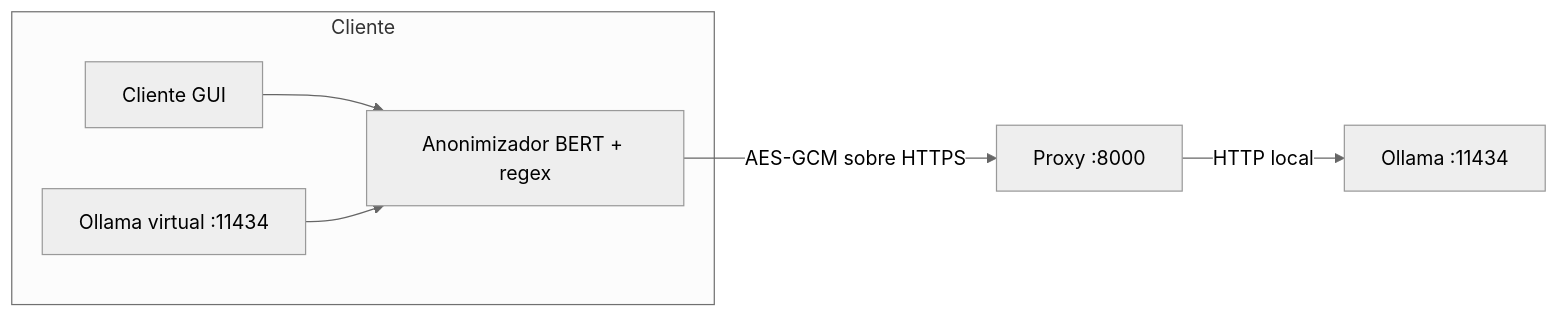
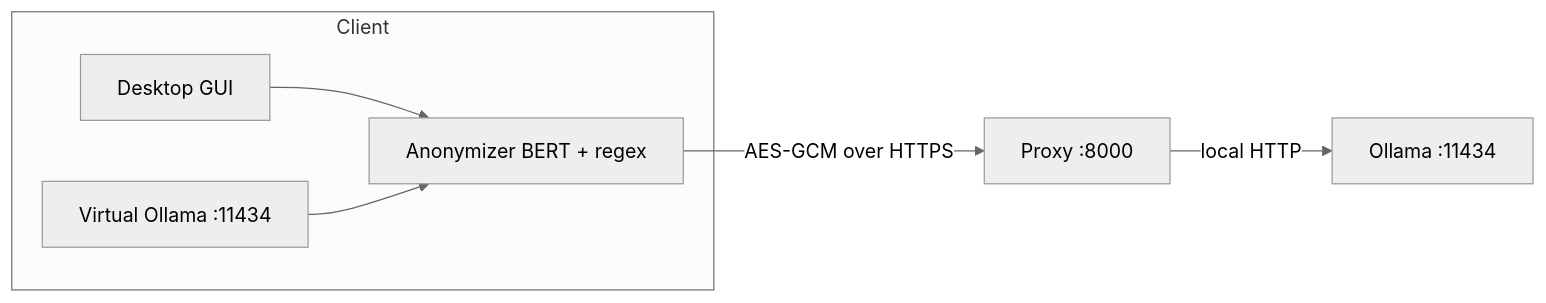
Before and after one commit to ramsestein/ollama_sliplane: the diagram in README.md, drawn with Mermaid (neutral theme). The commit also changed other lines of this file and 13 other files, not shown here.

````diff
--- a/README.md
+++ b/README.md
@@ -23,9 +26,9 @@
 ```mermaid
 flowchart LR
-    subgraph Cliente
-      GUI[Cliente GUI] --> AN[Anonimizador BERT + regex]
-      LO[Ollama virtual :11434] --> AN
+    subgraph Client
+      GUI[Desktop GUI] --> AN[Anonymizer BERT + regex]
+      LO[Virtual Ollama :11434] --> AN
     end
-    AN -- "AES-GCM sobre HTTPS" --> PX[Proxy :8000]
-    PX -- "HTTP local" --> OL[Ollama :11434]
+    AN -- "AES-GCM over HTTPS" --> PX[Proxy :8000]
+    PX -- "local HTTP" --> OL[Ollama :11434]
 ```
````
